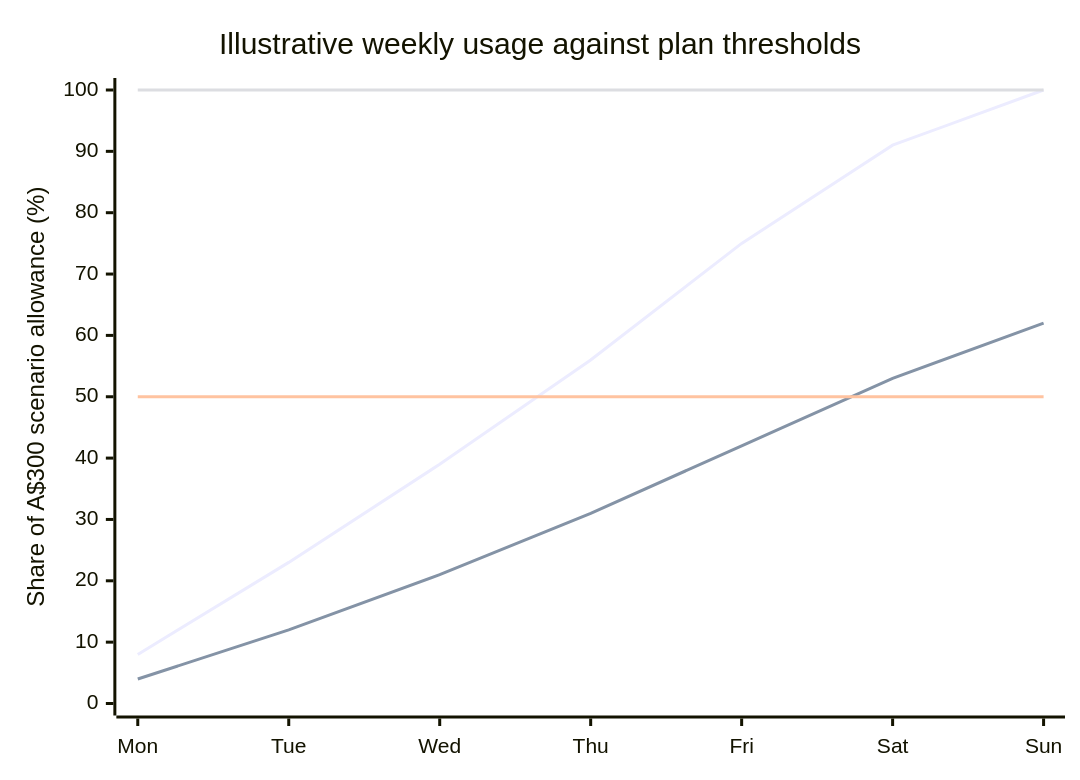
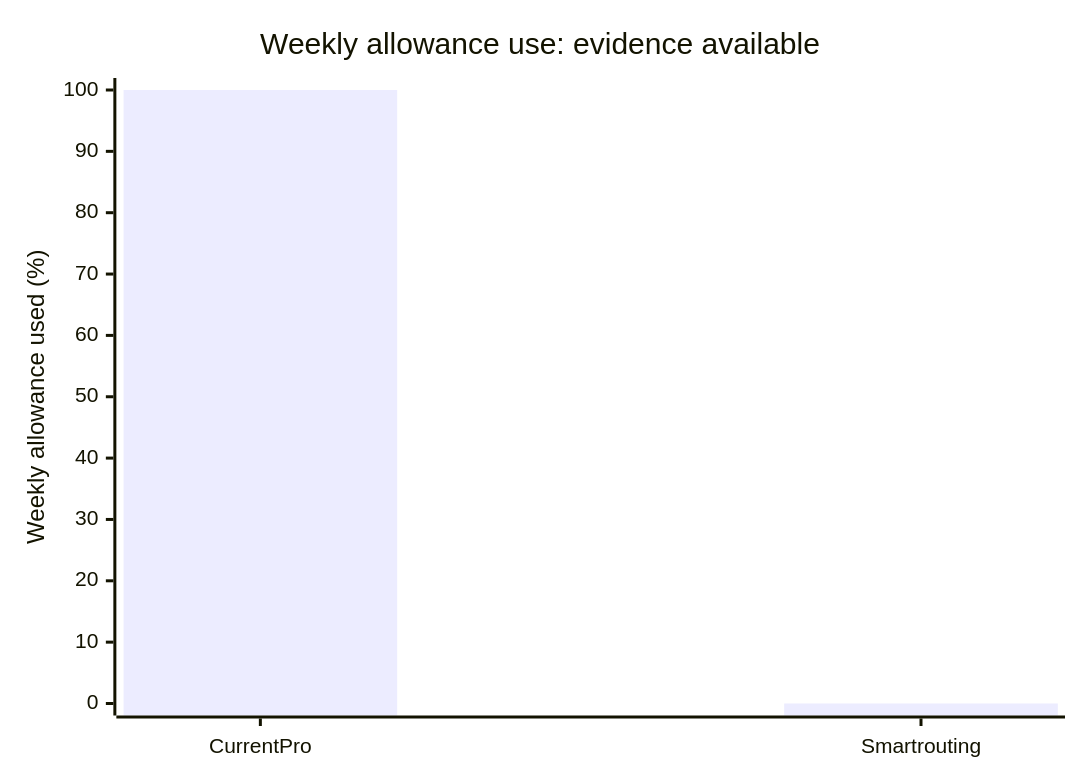
One commit to lockej2005/model-router-skill changed the second of 2 diagrams in README.md. Above: the diagram before and after it, drawn with Mermaid. The commit also changed other lines of this file, not shown here.

Commit message:
Show observed model mix and measured usage status

````diff
--- a/README.md
+++ b/README.md
@@ -54,10 +66,7 @@
 ```mermaid
 xychart-beta
-    title "Illustrative weekly usage against plan thresholds"
-    x-axis [Mon, Tue, Wed, Thu, Fri, Sat, Sun]
-    y-axis "Share of A$300 scenario allowance (%)" 0 --> 100
-    line [8, 23, 39, 56, 75, 91, 100]
-    line [4, 12, 21, 31, 42, 53, 62]
-    line [50, 50, 50, 50, 50, 50, 50]
-    line [100, 100, 100, 100, 100, 100, 100]
+    title "Weekly allowance use: evidence available"
+    x-axis [Current Pro, Smart routing]
+    y-axis "Weekly allowance used (%)" 0 --> 100
+    bar [100, 0]
 ```
````
